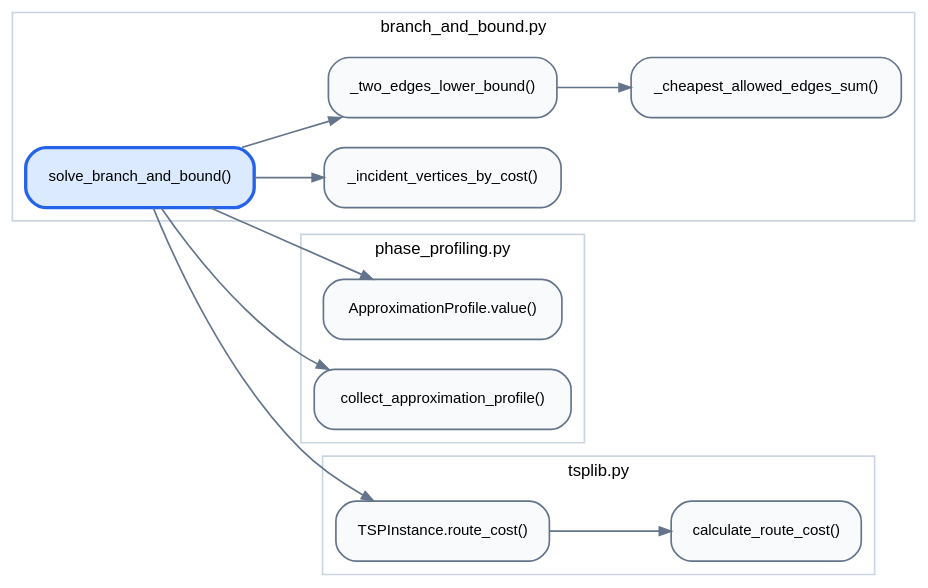
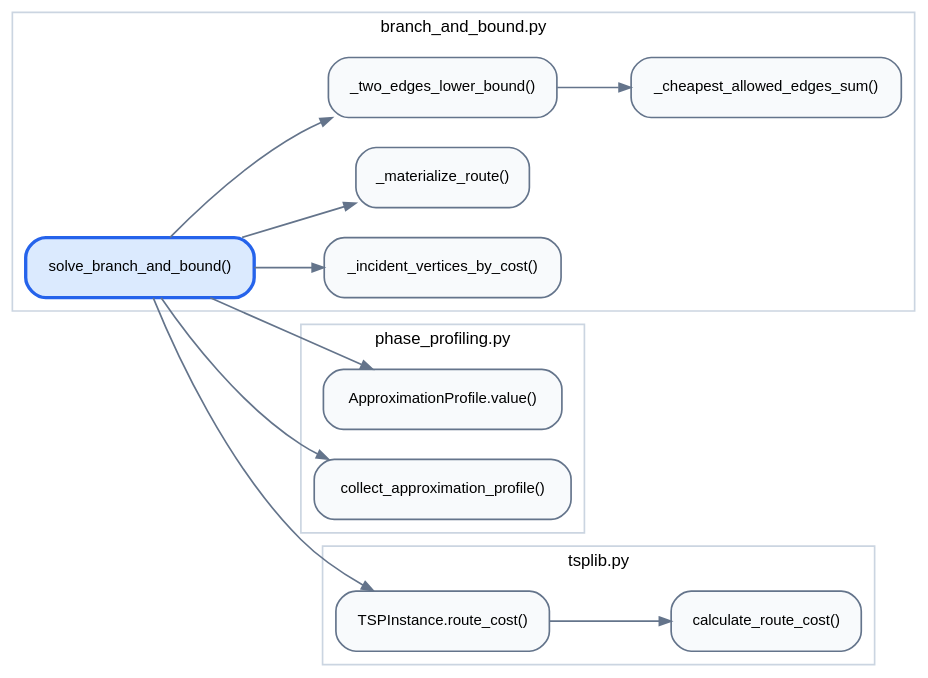
The diagram in docs/diagrams/generated/calls-branch-and-bound.dot (ChrystianMelo/TravelingSalesmanOptimization), drawn with Graphviz before and after one commit. The commit also changed 32 other files, not shown here.

Commit message:
Expand generated architecture and strategy documentation.

```diff
--- a/docs/diagrams/generated/calls-branch-and-bound.dot
+++ b/docs/diagrams/generated/calls-branch-and-bound.dot
@@ -1,40 +1,42 @@
 // Gerado por scripts/generate_diagrams.py a partir da saída do Code2flow.
 digraph calls {
   graph [rankdir=LR, bgcolor="transparent", pad=0.15, nodesep=0.25, ranksep=0.5];
   node [shape=box, style="rounded,filled", fillcolor="#f8fafc",
         color="#64748b", fontname="Helvetica", fontsize=9, margin="0.10,0.06"];
   edge [color="#64748b", arrowsize=0.7];
   subgraph cluster_branch_and_bound {
     label="branch_and_bound.py";
     color="#cbd5e1";
     fontname="Helvetica";
     fontsize=10;
     n0 [label="_cheapest_allowed_edges_sum()"];
     n1 [label="_incident_vertices_by_cost()"];
-    n2 [label="_two_edges_lower_bound()"];
-    n3 [label="solve_branch_and_bound()", fillcolor="#dbeafe", color="#2563eb", penwidth=2];
+    n2 [label="_materialize_route()"];
+    n3 [label="_two_edges_lower_bound()"];
+    n4 [label="solve_branch_and_bound()", fillcolor="#dbeafe", color="#2563eb", penwidth=2];
   }
   subgraph cluster_phase_profiling {
     label="phase_profiling.py";
     color="#cbd5e1";
     fontname="Helvetica";
     fontsize=10;
-    n4 [label="ApproximationProfile.value()"];
-    n5 [label="collect_approximation_profile()"];
+    n5 [label="ApproximationProfile.value()"];
+    n6 [label="collect_approximation_profile()"];
   }
   subgraph cluster_tsplib {
     label="tsplib.py";
     color="#cbd5e1";
     fontname="Helvetica";
     fontsize=10;
-    n6 [label="TSPInstance.route_cost()"];
-    n7 [label="calculate_route_cost()"];
+    n7 [label="TSPInstance.route_cost()"];
+    n8 [label="calculate_route_cost()"];
   }
-  n2 -> n0;
-  n3 -> n1;
-  n3 -> n2;
-  n3 -> n4;
-  n3 -> n5;
-  n3 -> n6;
-  n6 -> n7;
+  n3 -> n0;
+  n4 -> n1;
+  n4 -> n2;
+  n4 -> n3;
+  n4 -> n5;
+  n4 -> n6;
+  n4 -> n7;
+  n7 -> n8;
 }
```
